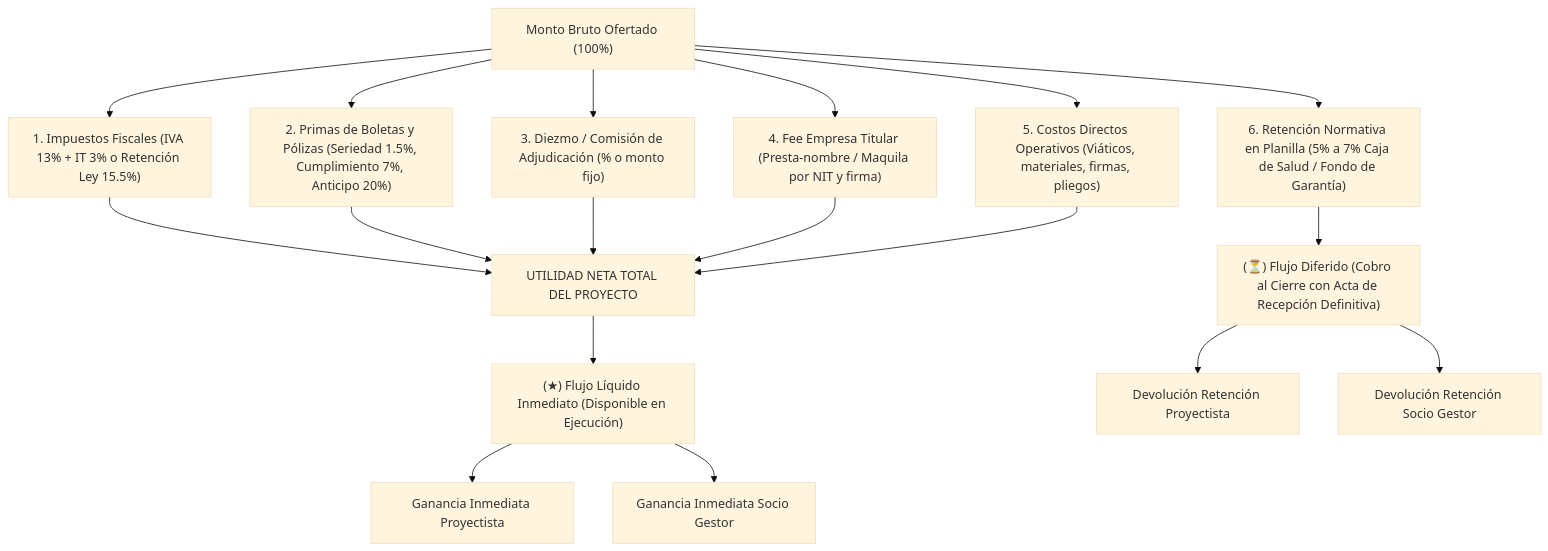
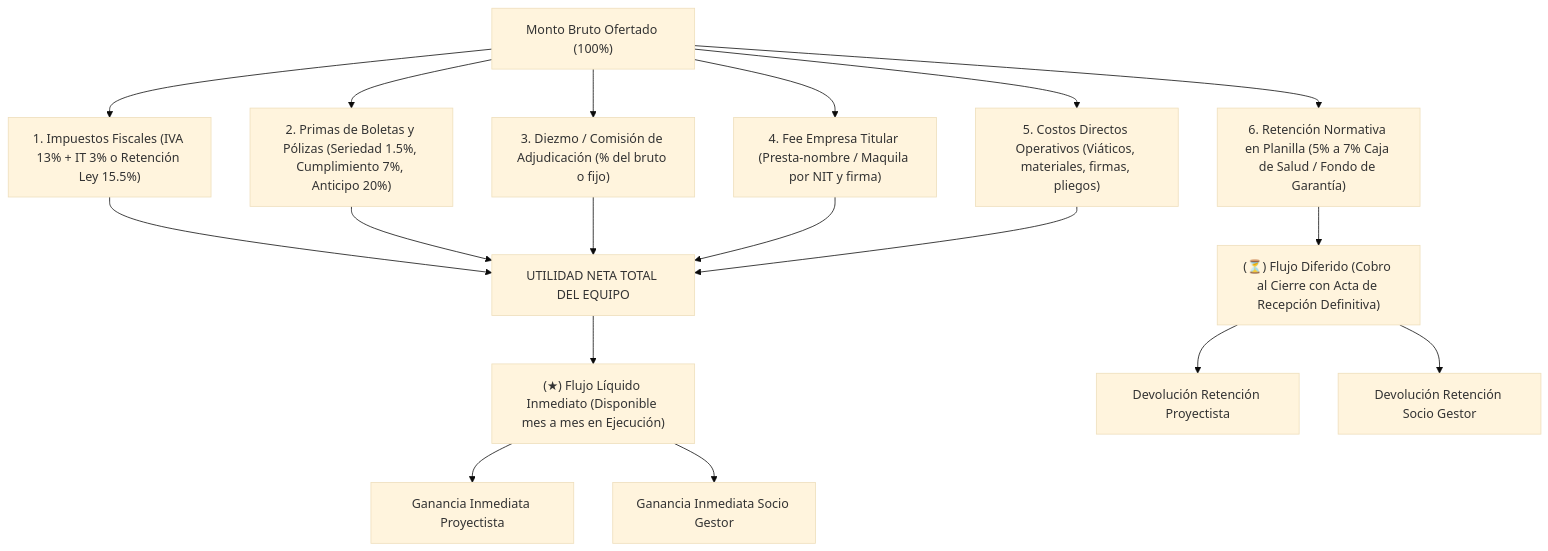
One commit to eiddym/calc-deals changed the diagram in README.md. Above: the diagram before and after it, drawn with Mermaid (base theme). The commit also changed other lines of this file, not shown here.

````diff
--- a/README.md
+++ b/README.md
@@ -9,18 +22,18 @@
 ```mermaid
 flowchart TD
     A["Monto Bruto Ofertado (100%)"] --> B["1. Impuestos Fiscales (IVA 13% + IT 3% o Retención Ley 15.5%)"]
     A --> C["2. Primas de Boletas y Pólizas (Seriedad 1.5%, Cumplimiento 7%, Anticipo 20%)"]
-    A --> D["3. Diezmo / Comisión de Adjudicación (% o monto fijo)"]
+    A --> D["3. Diezmo / Comisión de Adjudicación (% del bruto o fijo)"]
     A --> E["4. Fee Empresa Titular (Presta-nombre / Maquila por NIT y firma)"]
     A --> F["5. Costos Directos Operativos (Viáticos, materiales, firmas, pliegos)"]
     A --> G["6. Retención Normativa en Planilla (5% a 7% Caja de Salud / Fondo de Garantía)"]
 
-    B & C & D & E & F --> H["UTILIDAD NETA TOTAL DEL PROYECTO"]
-    H --> I["(★) Flujo Líquido Inmediato (Disponible en Ejecución)"]
+    B & C & D & E & F --> H["UTILIDAD NETA TOTAL DEL EQUIPO"]
+    H --> I["(★) Flujo Líquido Inmediato (Disponible mes a mes en Ejecución)"]
     G --> J["(⏳) Flujo Diferido (Cobro al Cierre con Acta de Recepción Definitiva)"]
     
     I --> K["Ganancia Inmediata Proyectista"]
     I --> L["Ganancia Inmediata Socio Gestor"]
     J --> M["Devolución Retención Proyectista"]
     J --> N["Devolución Retención Socio Gestor"]
 ```
````
